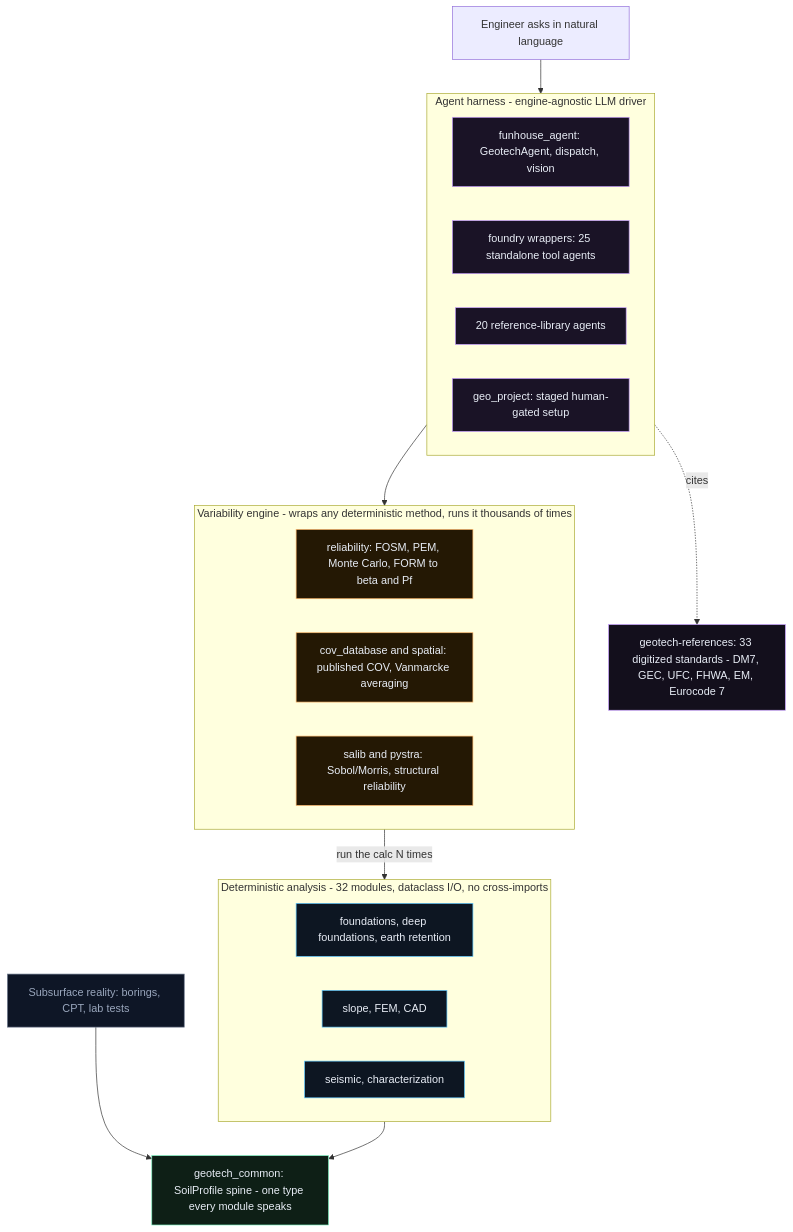
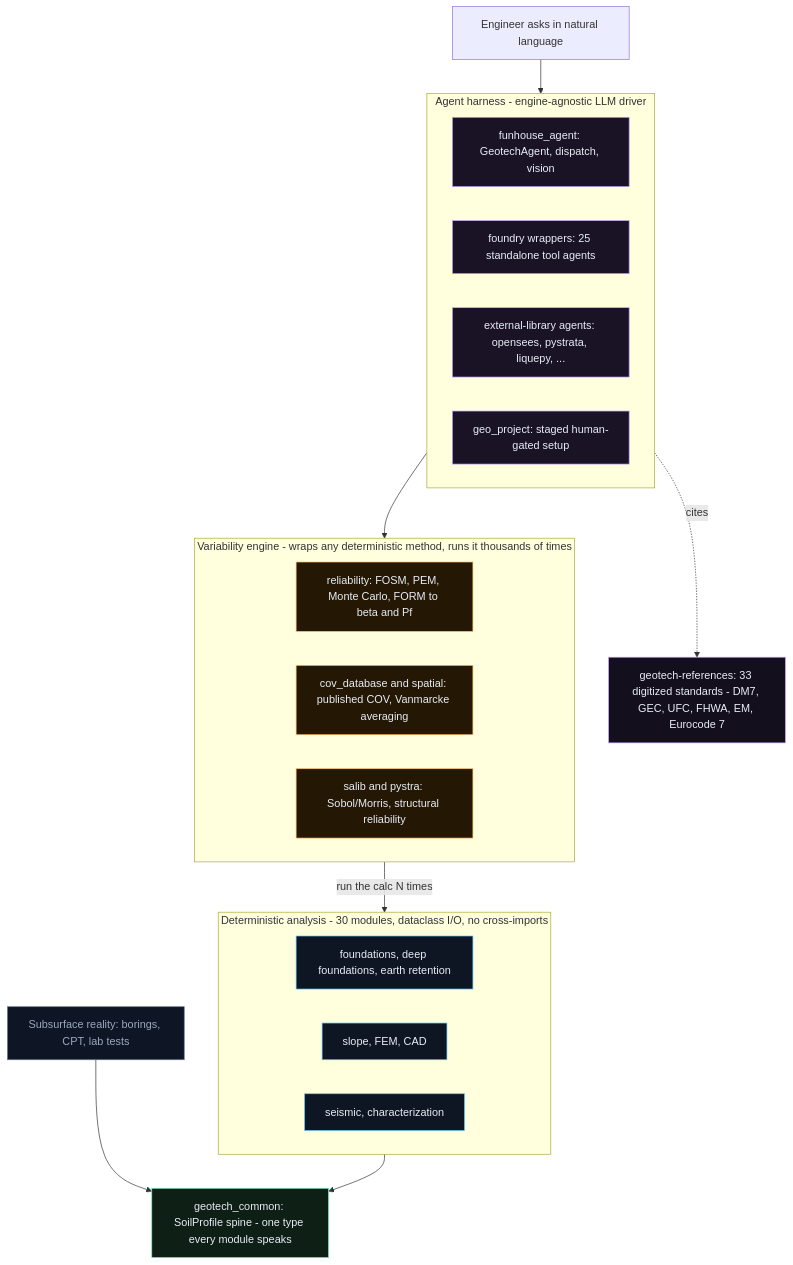
The diagram in README.md (soconnell345-geotech/GeotechStaffEngineer), drawn with Mermaid before and after one commit. The commit also changed other lines of this file and 7 other files, not shown here.

````diff
--- a/README.md
+++ b/README.md
@@ -54,47 +54,47 @@
 ```mermaid
 flowchart TB
     ENG["Engineer asks in natural language"]
 
     subgraph AGENT["Agent harness - engine-agnostic LLM driver"]
         FA["funhouse_agent: GeotechAgent, dispatch, vision"]
         FD["foundry wrappers: 25 standalone tool agents"]
-        LIB["20 reference-library agents"]
+        LIB["external-library agents: opensees, pystrata, liquepy, ..."]
         GP["geo_project: staged human-gated setup"]
     end
 
     subgraph VAR["Variability engine - wraps any deterministic method, runs it thousands of times"]
         REL["reliability: FOSM, PEM, Monte Carlo, FORM to beta and Pf"]
         COV["cov_database and spatial: published COV, Vanmarcke averaging"]
         SENS["salib and pystra: Sobol/Morris, structural reliability"]
     end
 
-    subgraph DET["Deterministic analysis - 32 modules, dataclass I/O, no cross-imports"]
+    subgraph DET["Deterministic analysis - 30 modules, dataclass I/O, no cross-imports"]
         F["foundations, deep foundations, earth retention"]
         S["slope, FEM, CAD"]
         SE["seismic, characterization"]
     end
 
     SPINE["geotech_common: SoilProfile spine - one type every module speaks"]
     REF["geotech-references: 33 digitized standards - DM7, GEC, UFC, FHWA, EM, Eurocode 7"]
     GROUND["Subsurface reality: borings, CPT, lab tests"]
 
     ENG --> AGENT
     AGENT --> VAR
     VAR -->|run the calc N times| DET
     DET --> SPINE
     AGENT -.->|cites| REF
     GROUND --> SPINE
 
     classDef agent fill:#1a1326,stroke:#c8a0ff,color:#e8edf6
     classDef var fill:#241804,stroke:#ffb86b,color:#e8edf6
     classDef det fill:#0d1622,stroke:#5cc8ff,color:#e8edf6
     classDef spine fill:#0e1f16,stroke:#7df0c0,color:#e8edf6
     classDef ref fill:#130f1c,stroke:#c8a0ff,color:#e8edf6
     classDef ground fill:#0e1626,stroke:#6b778c,color:#9aa7bd
     class FA,FD,LIB,GP agent
     class REL,COV,SENS var
     class F,S,SE det
     class SPINE spine
     class REF ref
     class GROUND ground
 ```
````
